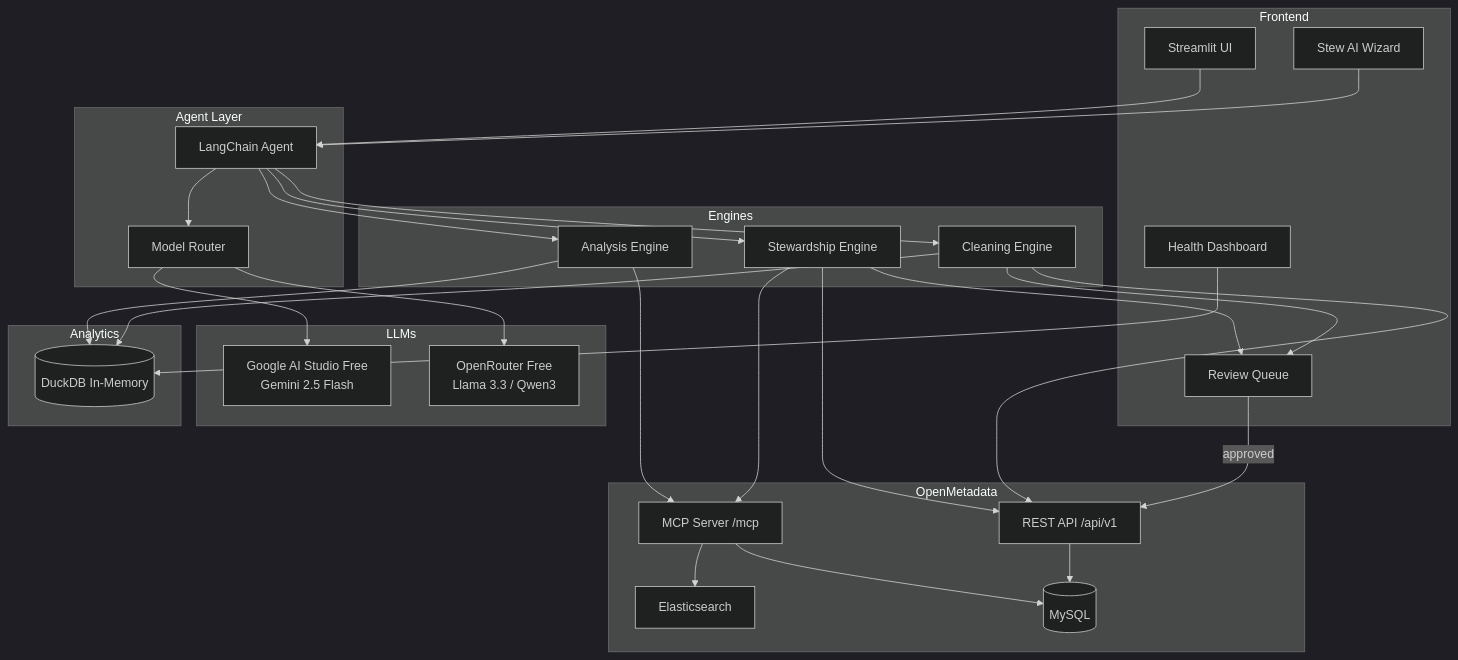
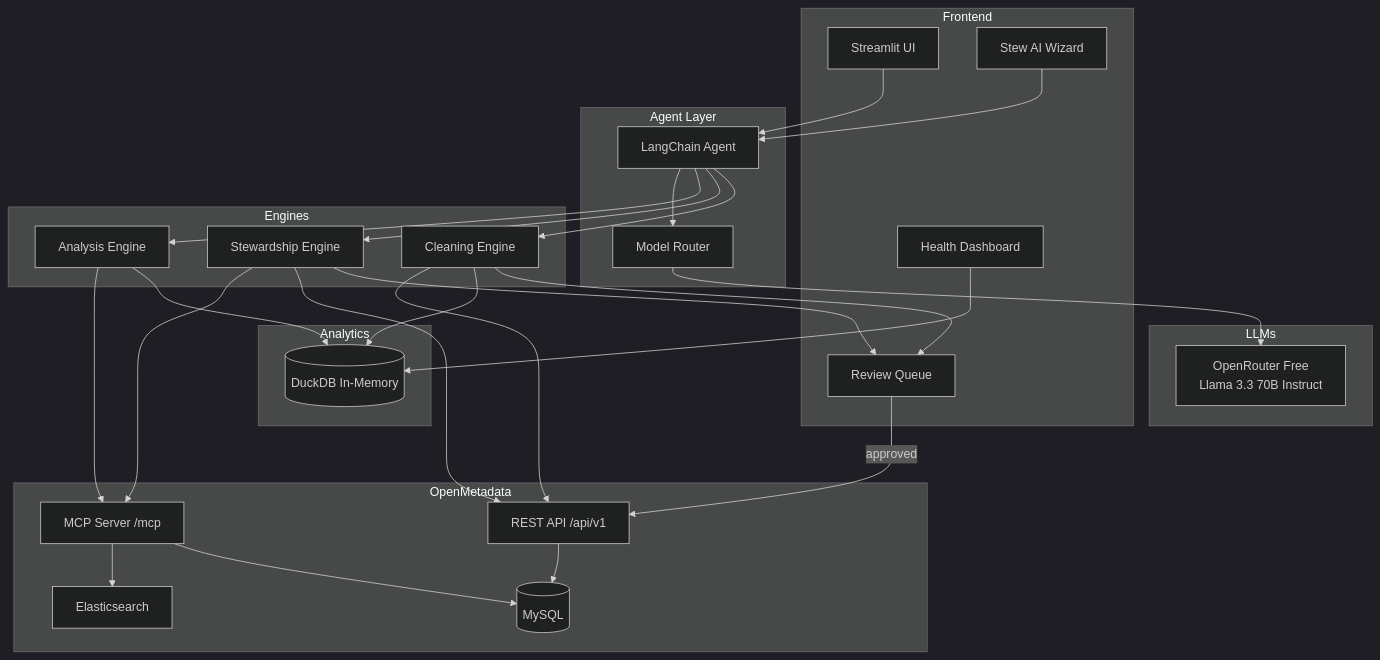
One commit to blueberrylinux/metasift changed the diagram in README.md. Above: the diagram before and after it, drawn with Mermaid (dark theme). The commit also changed other lines of this file and 17 other files, not shown here.

````diff
--- a/README.md
+++ b/README.md
@@ -77,58 +77,56 @@
 ```mermaid
 graph TB
     subgraph Frontend
         UI[Streamlit UI]
         Stew[Stew AI Wizard]
         Dash[Health Dashboard]
         RQ[Review Queue]
     end
 
     subgraph Agent Layer
         Agent[LangChain Agent]
         MR[Model Router]
     end
 
     subgraph Engines
         AE[Analysis Engine]
         SE[Stewardship Engine]
         CE[Cleaning Engine]
     end
 
     subgraph OpenMetadata
         MCP[MCP Server /mcp]
         REST[REST API /api/v1]
         ES[Elasticsearch]
         DB[(MySQL)]
     end
 
     subgraph LLMs
-        GEM[Google AI Studio Free\nGemini 2.5 Flash]
-        OR[OpenRouter Free\nLlama 3.3 / Qwen3]
+        OR[OpenRouter Free\nLlama 3.3 70B Instruct]
     end
 
     subgraph Analytics
         DDB[(DuckDB In-Memory)]
     end
 
     UI --> Agent
     Stew --> Agent
     Agent --> MR
-    MR --> GEM
     MR --> OR
     Agent --> AE
     Agent --> SE
     Agent --> CE
     AE --> MCP
     AE --> DDB
     SE --> MCP
     SE --> REST
     CE --> REST
     CE --> DDB
     MCP --> ES
     MCP --> DB
     REST --> DB
     Dash --> DDB
     SE --> RQ
     CE --> RQ
     RQ -->|approved| REST
 ```
````
